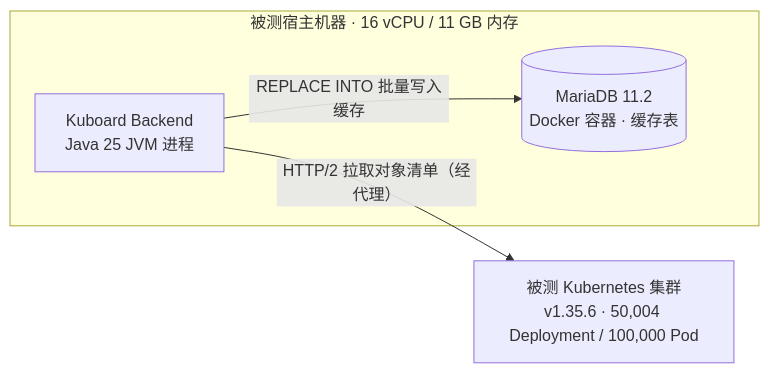
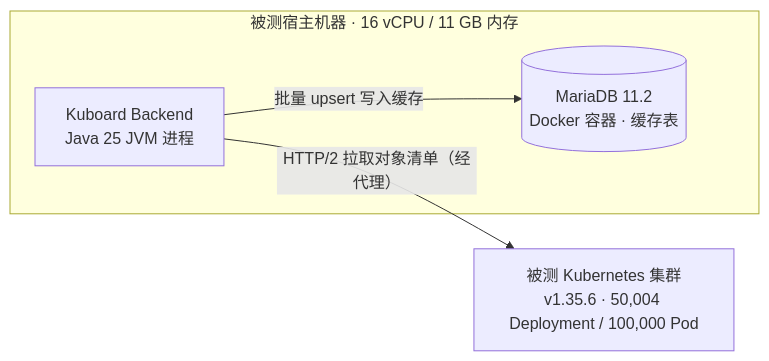
Before and after one commit to eip-work/kuboard-press: the diagram in docs/zh/reference/sync-performance.md, drawn with Mermaid. The commit also changed other lines of this file and 27 other files, not shown here.

````diff
--- a/docs/zh/reference/sync-performance.md
+++ b/docs/zh/reference/sync-performance.md
@@ -32,10 +32,10 @@
 ```mermaid
 graph LR
   subgraph host["被测宿主机器 · 16 vCPU / 11 GB 内存"]
     B["Kuboard Backend<br/>Java 25 JVM 进程"]
     M[("MariaDB 11.2<br/>Docker 容器 · 缓存表")]
   end
   K["被测 Kubernetes 集群<br/>v1.35.6 · 50,004 Deployment / 100,000 Pod"]
   B -- "HTTP/2 拉取对象清单（经代理）" --> K
-  B -- "REPLACE INTO 批量写入缓存" --> M
+  B -- "批量 upsert 写入缓存" --> M
 ```
````
